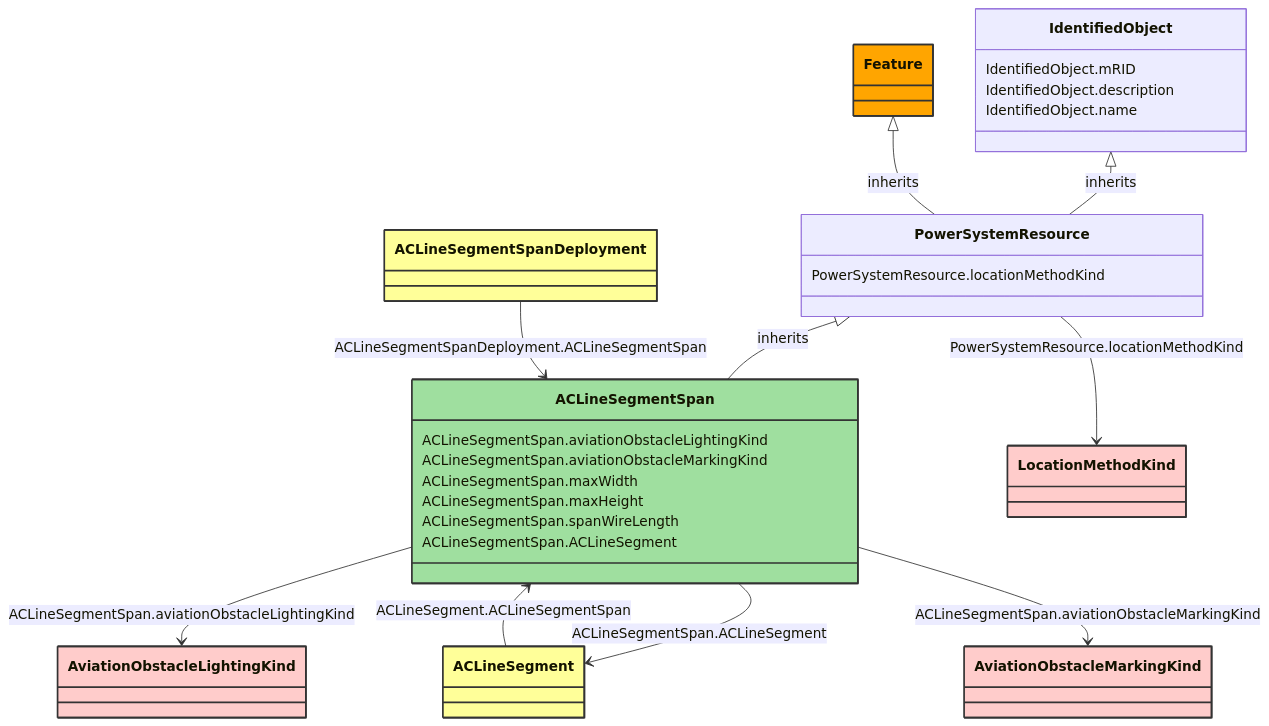
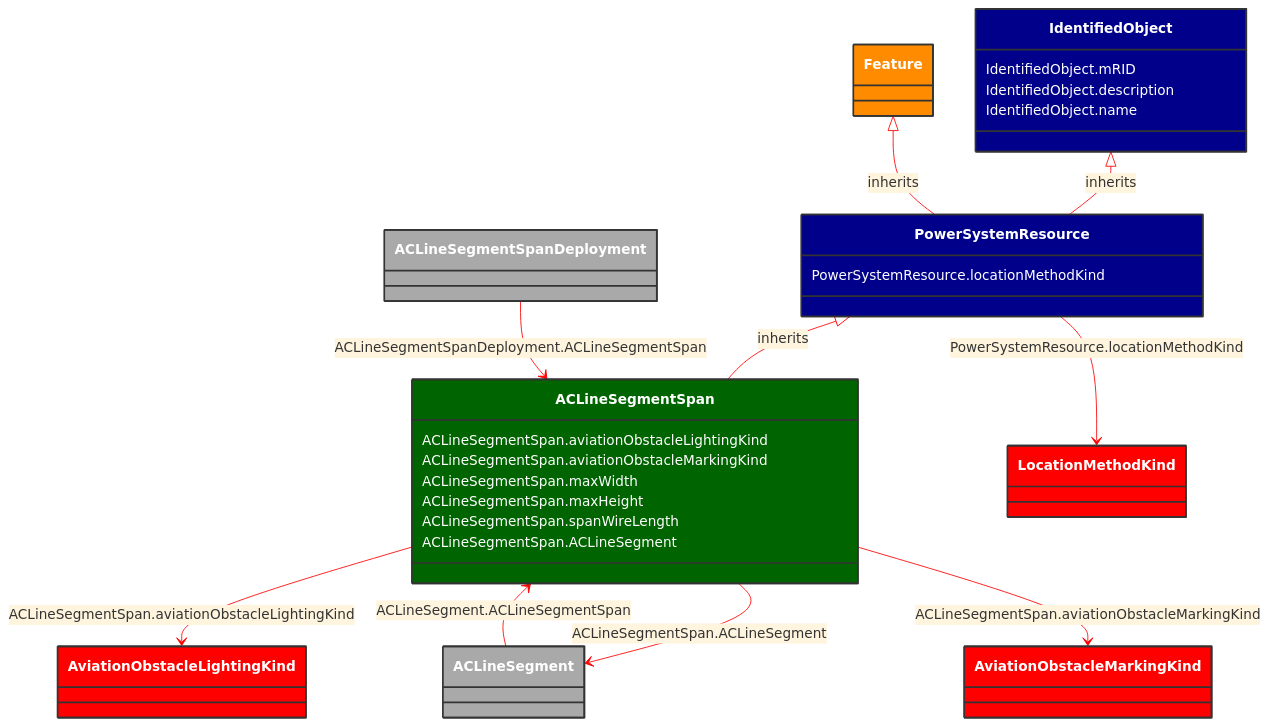
One commit to 3lbits/NoCIMExtensions changed the diagram in docs/Models/Profiles/AviationObstacle/ConcreteClasses/ACLineSegmentSpan.md. Above: the diagram before and after it, drawn with Mermaid. The commit also changed 58 other files, not shown here.

````diff
--- a/docs/Models/Profiles/AviationObstacle/ConcreteClasses/ACLineSegmentSpan.md
+++ b/docs/Models/Profiles/AviationObstacle/ConcreteClasses/ACLineSegmentSpan.md
@@ -8,67 +8,68 @@
 ```mermaid
+%%{init: {'theme':'base','themeVariables': {'lineColor': '#FF0000'}}}%%
 classDiagram
     class ACLineSegmentSpan
     click ACLineSegmentSpan href "/Models/Profiles/AviationObstacle/ConcreteClasses/ACLineSegmentSpan/"
-    style ACLineSegmentSpan fill:#9fdf9f,stroke:#333,stroke-width:2px,rx:10,ry:10
+    style ACLineSegmentSpan fill:#006400,stroke:#333,stroke-width:2px,rx:10,ry:10,color:white
 
         PowerSystemResource <|-- ACLineSegmentSpan : inherits
             click PowerSystemResource href "/Models/Profiles/AviationObstacle/AbstractClasses/PowerSystemResource/"
-            style PowerSystemResource rx:10,ry:10
+            style PowerSystemResource fill:#00008B,stroke:#333,stroke-width:2px,rx:10,ry:10,color:white
 
         ACLineSegmentSpan
             click ACLineSegmentSpan href "/Models/Profiles/AviationObstacle/ConcreteClasses/ACLineSegmentSpan/"
-            style ACLineSegmentSpan rx:10,ry:10
+            style PowerSystemResource fill:#00008B,stroke:#333,stroke-width:2px,rx:10,ry:10,color:white
 
         IdentifiedObject <|-- PowerSystemResource : inherits
             click IdentifiedObject href "/Models/Profiles/AviationObstacle/AbstractClasses/IdentifiedObject/"
-            style IdentifiedObject rx:10,ry:10
+            style IdentifiedObject fill:#00008B,stroke:#333,stroke-width:2px,rx:10,ry:10,color:white
 
         Feature <|-- PowerSystemResource : inherits
             click Feature href "/Models/Profiles/AviationObstacle/ConcreteClasses/Feature/"
-            style Feature fill:#FFA500,stroke:#333,stroke-width:2px,rx:10,ry:10
+            style Feature fill:#FF8C00,stroke:#333,stroke-width:2px,rx:10,ry:10,color:white
 
         ACLineSegmentSpan --> ACLineSegment : ACLineSegmentSpan.ACLineSegment
 
         ACLineSegment
             click ACLineSegment href "/Models/Profiles/AviationObstacle/ConcreteClasses/ACLineSegment/"
-            style ACLineSegment fill:#ffff99,stroke:#333,stroke-width:2px,rx:10,ry:10
+            style ACLineSegment fill:#A9A9A9,stroke:#333,stroke-width:2px,rx:10,ry:10,color:white
 
         ACLineSegment --> ACLineSegmentSpan : ACLineSegment.ACLineSegmentSpan
 
         ACLineSegment
             click ACLineSegment href "/Models/Profiles/AviationObstacle/ConcreteClasses/ACLineSegment/"
-            style ACLineSegment fill:#ffff99,stroke:#333,stroke-width:2px,rx:10,ry:10
+            style ACLineSegment fill:#A9A9A9,stroke:#333,stroke-width:2px,rx:10,ry:10,color:white
 
         ACLineSegmentSpanDeployment --> ACLineSegmentSpan : ACLineSegmentSpanDeployment.ACLineSegmentSpan
 
         ACLineSegmentSpanDeployment
             click ACLineSegmentSpanDeployment href "/Models/Profiles/AviationObstacle/ConcreteClasses/ACLineSegmentSpanDeployment/"
-            style ACLineSegmentSpanDeployment fill:#ffff99,stroke:#333,stroke-width:2px,rx:10,ry:10
+            style ACLineSegmentSpanDeployment fill:#A9A9A9,stroke:#333,stroke-width:2px,rx:10,ry:10,color:white
 
         ACLineSegmentSpan --> AviationObstacleLightingKind : ACLineSegmentSpan.aviationObstacleLightingKind
 
         AviationObstacleLightingKind
             click AviationObstacleLightingKind href "/Models/Profiles/AviationObstacle/Enumerations/AviationObstacleLightingKind/"
-            style AviationObstacleLightingKind fill:#FFCCCB,stroke:#333,stroke-width:2px,rx:10,ry:10
+            style AviationObstacleLightingKind fill:#FF0000,stroke:#333,stroke-width:2px,rx:10,ry:10,color:white
         ACLineSegmentSpan --> AviationObstacleMarkingKind : ACLineSegmentSpan.aviationObstacleMarkingKind
 
         AviationObstacleMarkingKind
             click AviationObstacleMarkingKind href "/Models/Profiles/AviationObstacle/Enumerations/AviationObstacleMarkingKind/"
-            style AviationObstacleMarkingKind fill:#FFCCCB,stroke:#333,stroke-width:2px,rx:10,ry:10
+            style AviationObstacleMarkingKind fill:#FF0000,stroke:#333,stroke-width:2px,rx:10,ry:10,color:white
         PowerSystemResource --> LocationMethodKind : PowerSystemResource.locationMethodKind
 
         LocationMethodKind
             click LocationMethodKind href "/Models/Profiles/AviationObstacle/Enumerations/LocationMethodKind/"
-            style LocationMethodKind fill:#FFCCCB,stroke:#333,stroke-width:2px,rx:10,ry:10
+            style LocationMethodKind fill:#FF0000,stroke:#333,stroke-width:2px,rx:10,ry:10,color:white
 
         ACLineSegmentSpan : ACLineSegmentSpan.aviationObstacleLightingKind
         ACLineSegmentSpan : ACLineSegmentSpan.aviationObstacleMarkingKind
         ACLineSegmentSpan : ACLineSegmentSpan.maxWidth
         ACLineSegmentSpan : ACLineSegmentSpan.maxHeight
         ACLineSegmentSpan : ACLineSegmentSpan.spanWireLength
         ACLineSegmentSpan : ACLineSegmentSpan.ACLineSegment
         PowerSystemResource : PowerSystemResource.locationMethodKind
         IdentifiedObject : IdentifiedObject.mRID
         IdentifiedObject : IdentifiedObject.description
         IdentifiedObject : IdentifiedObject.name
 ```
````
